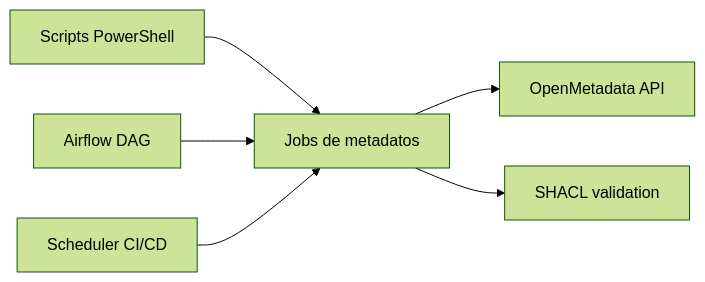
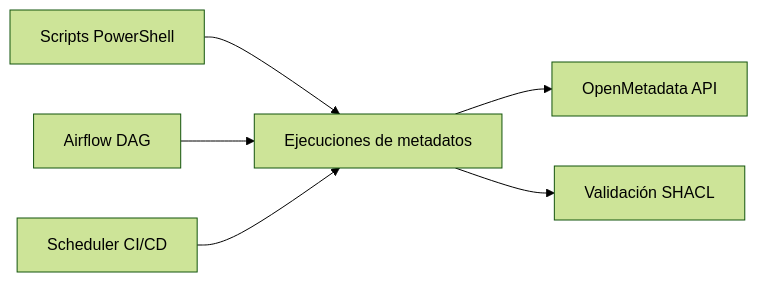
Before and after one commit to AlonsoMarcosM/TFM_Alonso_Marcos_Mu-oz: the sixth of 6 diagrams in docs/diagramas_mermaid.md, drawn with Mermaid (forest theme). The commit also changed 74 other files, not shown here.

````diff
--- a/docs/diagramas_mermaid.md
+++ b/docs/diagramas_mermaid.md
@@ -91,8 +91,8 @@
 ```mermaid
 flowchart LR
-  M1[Scripts PowerShell] --> JOBS[Jobs de metadatos]
-  M2[Airflow DAG] --> JOBS
-  M3[Scheduler CI/CD] --> JOBS
-  JOBS --> OM[OpenMetadata API]
-  JOBS --> VAL[SHACL validation]
+  M1[Scripts PowerShell] --> EJEC[Ejecuciones de metadatos]
+  M2[Airflow DAG] --> EJEC
+  M3[Scheduler CI/CD] --> EJEC
+  EJEC --> OM[OpenMetadata API]
+  EJEC --> VAL[Validación SHACL]
 ```
````
